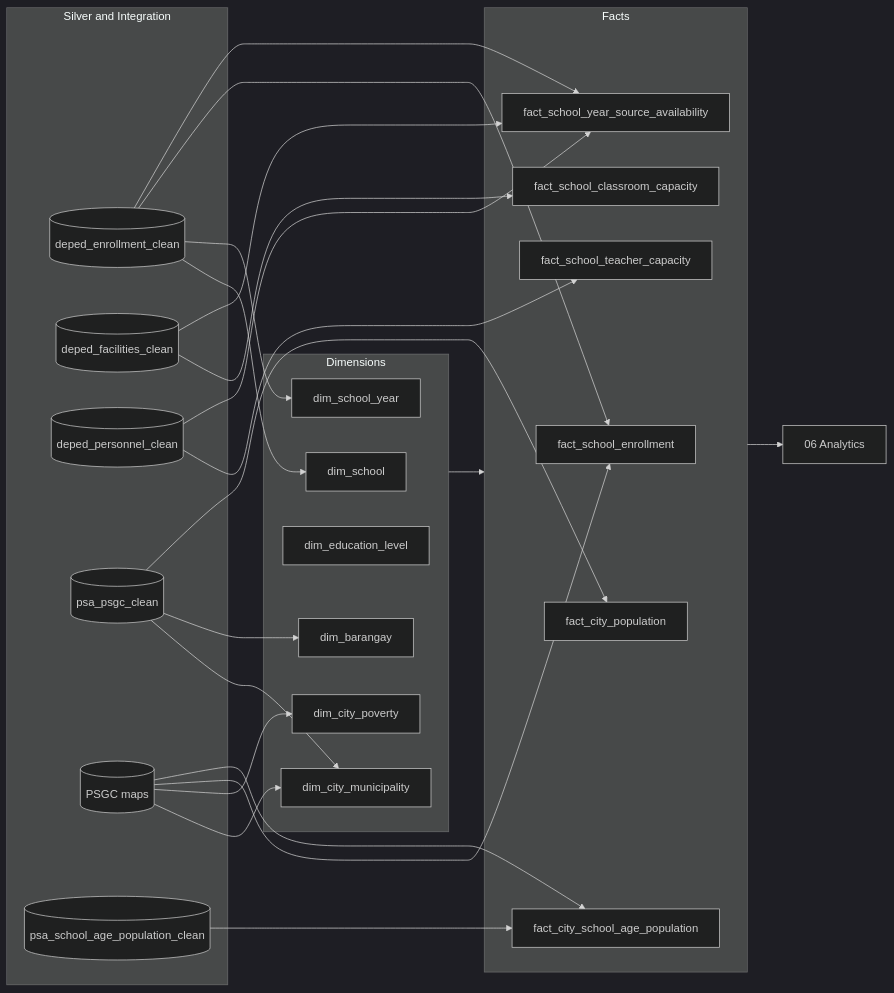
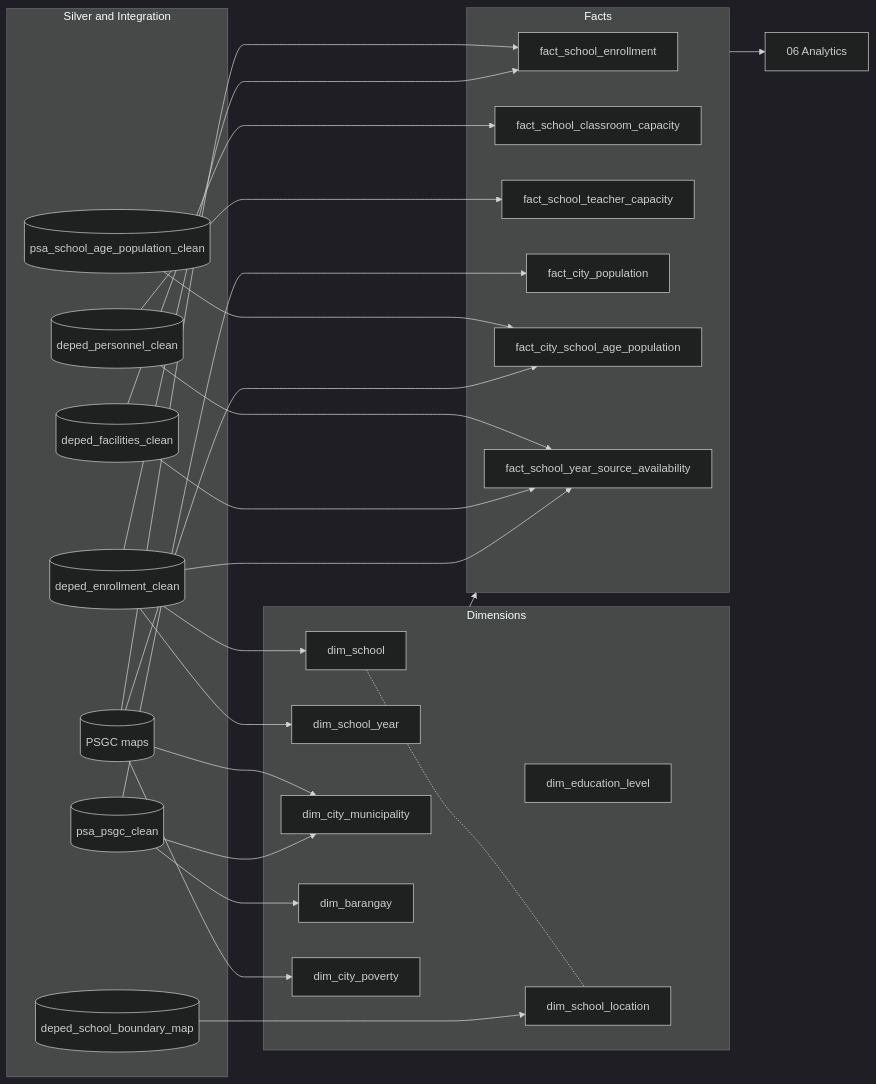
Before and after one commit to hyenalouise/edu-access-sandbox: the diagram in etl/05_gold/README.md, drawn with Mermaid (dark theme). The commit also changed other lines of this file and 24 other files, not shown here.

First line of the commit message:
Add the school boundary map and dim_school_location for the public-school coordinates (#225)

````diff
--- a/etl/05_gold/README.md
+++ b/etl/05_gold/README.md
@@ -10,36 +10,40 @@
 ```mermaid
 flowchart LR
     subgraph inputs[Silver and Integration]
         enroll[(deped_enrollment_clean)]
         fac[(deped_facilities_clean)]
         pers[(deped_personnel_clean)]
         psgc[(psa_psgc_clean)]
         maps[(PSGC maps)]
         age[(psa_school_age_population_clean)]
+        bmap[(deped_school_boundary_map)]
     end
     subgraph dims[Dimensions]
         dim_school[dim_school]
         dim_year[dim_school_year]
         dim_level[dim_education_level]
         dim_city[dim_city_municipality]
         dim_bgy[dim_barangay]
         dim_pov[dim_city_poverty]
+        dim_loc[dim_school_location]
     end
     subgraph facts[Facts]
         f_enroll[fact_school_enrollment]
         f_class[fact_school_classroom_capacity]
         f_teach[fact_school_teacher_capacity]
         f_pop[fact_city_population]
         f_age[fact_city_school_age_population]
         f_avail[fact_school_year_source_availability]
     end
     enroll --> dim_school & dim_year & f_enroll
     psgc --> dim_city & dim_bgy & f_pop
     maps --> dim_city & dim_pov & f_enroll & f_age
     fac --> f_class
     pers --> f_teach
     age --> f_age
+    bmap --> dim_loc
+    dim_school -.- dim_loc
     enroll & fac & pers --> f_avail
     dims --> facts
     facts --> analytics[06 Analytics]
 ```
````
